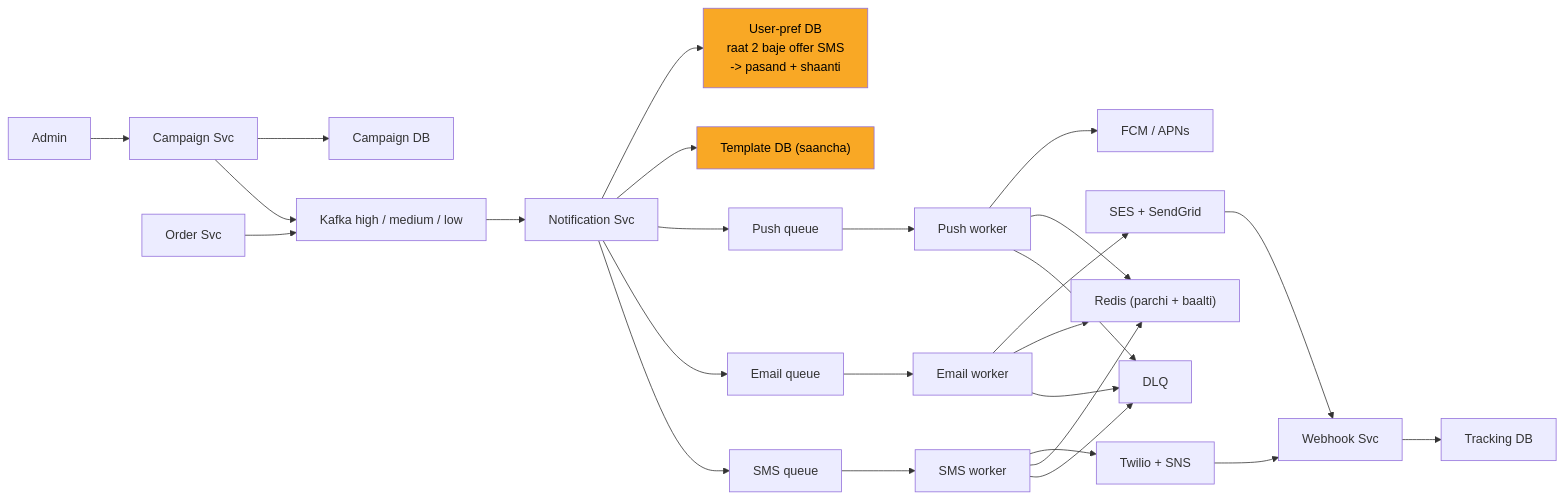
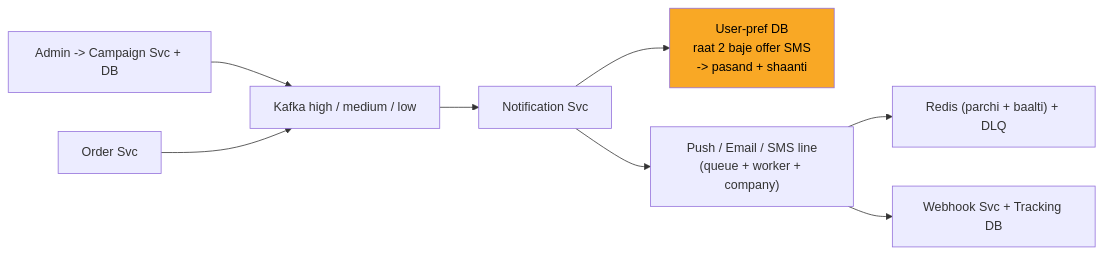
Before and after one commit to ArpanMaheshwari144/Prep: diagram 12 of 13 in 04_HLD/SYSTEM_DESIGNS/04_notification_system/04_notification_system.md, drawn with Mermaid. The commit also changed other lines of this file and 11 other files, not shown here.

Commit message:
hld: card diagrams max 8 boxes (App x N, merged stores/chains; full diagram only in AAKHRI DABBA)

````diff
--- a/04_HLD/SYSTEM_DESIGNS/04_notification_system/04_notification_system.md
+++ b/04_HLD/SYSTEM_DESIGNS/04_notification_system/04_notification_system.md
@@ -614,51 +441,19 @@
 ```mermaid
 flowchart LR
-    n_Admin["Admin"]
-    n_Campaign_Svc["Campaign Svc"]
-    n_Campaign_DB["Campaign DB"]
+    n_CAMP["Admin -> Campaign Svc + DB"]
     n_Order_Svc["Order Svc"]
     n_Kafka["Kafka high / medium / low"]
     n_Notification_Svc["Notification Svc"]
-    n_User_pref_DB["User-pref DB<br/>raat 2 baje offer SMS<br/>-> pasand + shaanti"]
-    n_Template_DB["Template DB (saancha)"]
-    n_Push_queue["Push queue"]
-    n_Push_worker["Push worker"]
-    n_FCM_APNs["FCM / APNs"]
-    n_Email_queue["Email queue"]
-    n_Email_worker["Email worker"]
-    n_SES["SES + SendGrid"]
-    n_SMS_queue["SMS queue"]
-    n_SMS_worker["SMS worker"]
-    n_Twilio["Twilio + SNS"]
-    n_Redis["Redis (parchi + baalti)"]
-    n_DLQ["DLQ"]
-    n_Webhook_Svc["Webhook Svc"]
-    n_Tracking_DB["Tracking DB"]
-    n_Admin --> n_Campaign_Svc
-    n_Campaign_Svc --> n_Campaign_DB
-    n_Campaign_Svc --> n_Kafka
+    n_PREF["User-pref DB<br/>raat 2 baje offer SMS<br/>-> pasand + shaanti"]
+    n_LINES["Push / Email / SMS line<br/>(queue + worker + company)"]
+    n_RDLQ["Redis (parchi + baalti) + DLQ"]
+    n_WH["Webhook Svc + Tracking DB"]
+    n_CAMP --> n_Kafka
     n_Order_Svc --> n_Kafka
     n_Kafka --> n_Notification_Svc
-    n_Notification_Svc --> n_User_pref_DB
-    n_Notification_Svc --> n_Template_DB
-    n_Notification_Svc --> n_Push_queue
-    n_Notification_Svc --> n_Email_queue
-    n_Notification_Svc --> n_SMS_queue
-    n_Push_queue --> n_Push_worker
-    n_Push_worker --> n_FCM_APNs
-    n_Email_queue --> n_Email_worker
-    n_Email_worker --> n_SES
-    n_SMS_queue --> n_SMS_worker
-    n_SMS_worker --> n_Twilio
-    n_Push_worker --> n_Redis
-    n_Email_worker --> n_Redis
-    n_SMS_worker --> n_Redis
-    n_Push_worker --> n_DLQ
-    n_Email_worker --> n_DLQ
-    n_SMS_worker --> n_DLQ
-    n_SES --> n_Webhook_Svc
-    n_Twilio --> n_Webhook_Svc
-    n_Webhook_Svc --> n_Tracking_DB
-    style n_User_pref_DB fill:#f9a825,color:#000
-    style n_Template_DB fill:#f9a825,color:#000
+    n_Notification_Svc --> n_PREF
+    n_Notification_Svc --> n_LINES
+    n_LINES --> n_RDLQ
+    n_LINES --> n_WH
+    style n_PREF fill:#f9a825,color:#000
 ```
````
